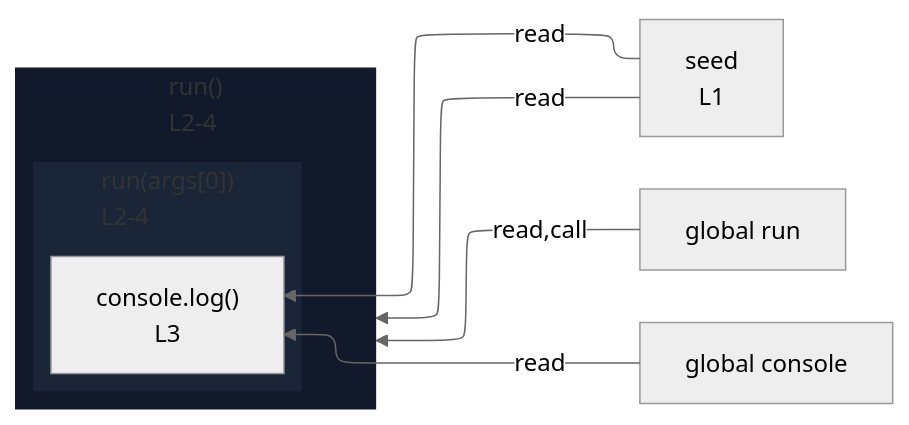
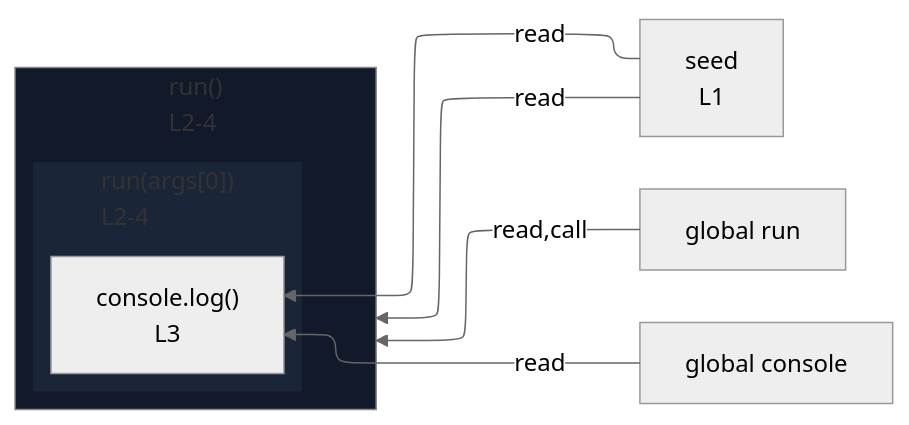
The diagram in integration/fixtures/expression-statement/call-with-callback-and-array/preview.md (crescware/unsnarl), drawn with Mermaid (neutral theme) before and after one commit. The commit also changed 28 other files, not shown here.

````diff
--- a/integration/fixtures/expression-statement/call-with-callback-and-array/preview.md
+++ b/integration/fixtures/expression-statement/call-with-callback-and-array/preview.md
@@ -14,22 +14,24 @@
 ```mermaid
 %%{init: {"flowchart": {"defaultRenderer": "elk"}}}%%
 flowchart RL
   n_scope_0_seed_6["seed<br/>L1"]
   n_scope_0_run_17["global run"]
   n_scope_0_console_31["global console"]
   subgraph expr_stmt_17["run()<br/>L2-4"]
     direction RL
     subgraph s_scope_1["run(args[0])<br/>L2-4"]
       direction RL
       expr_stmt_31["console.log()<br/>L3"]
     end
   end
   n_scope_0_run_17 -->|read,call| expr_stmt_17
   n_scope_0_console_31 -->|read| expr_stmt_31
   n_scope_0_seed_6 -->|read| expr_stmt_31
   n_scope_0_seed_6 -->|read| expr_stmt_17
   classDef nestL1 fill:#11192a,stroke:transparent;
   class expr_stmt_17 nestL1;
   classDef nestL2 fill:#1a2538,stroke:transparent;
   class s_scope_1 nestL2;
+  classDef edgeTargetSubgraph stroke:#888;
+  class expr_stmt_17 edgeTargetSubgraph;
 ```
````
